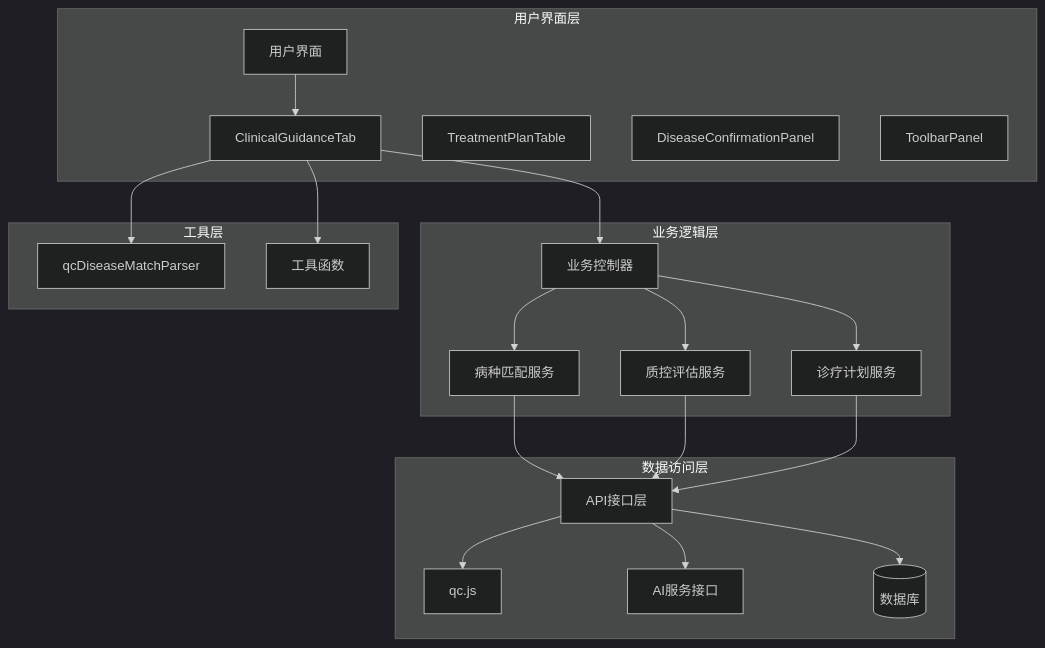
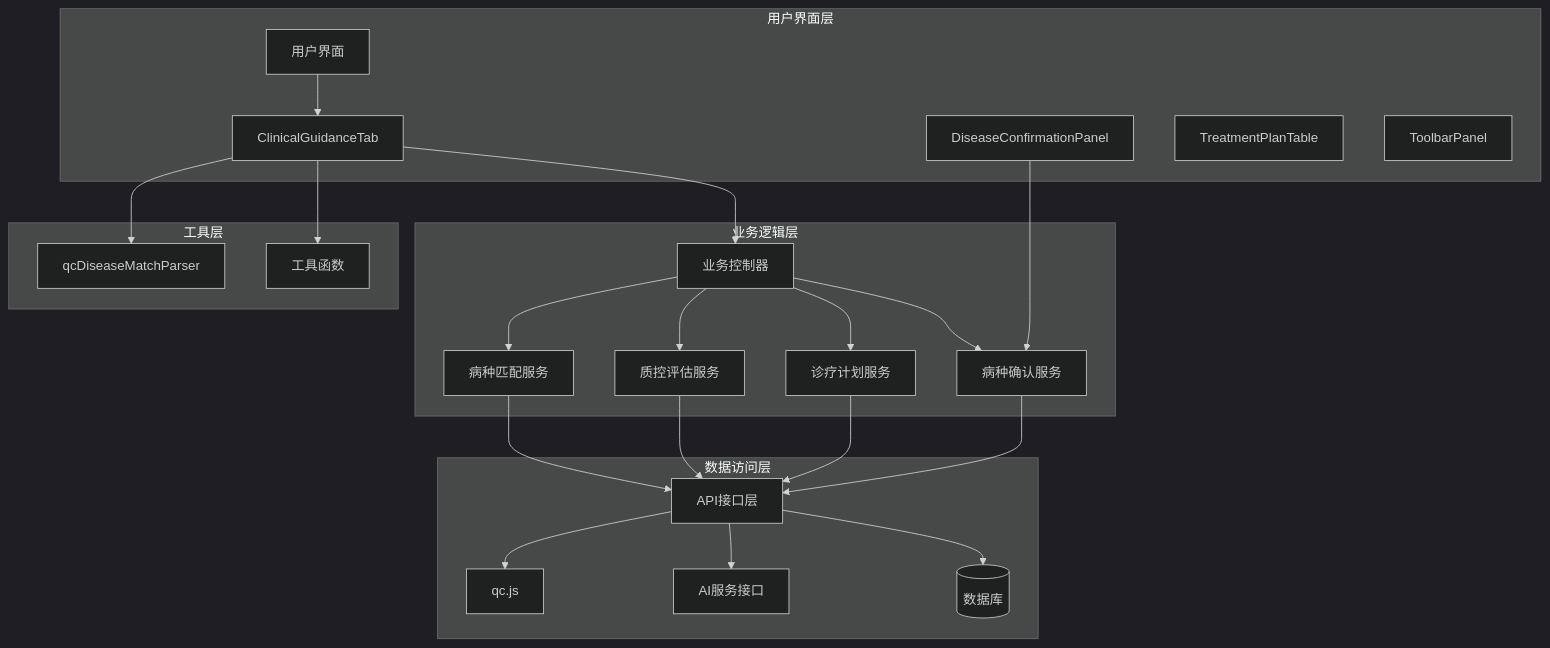
One commit to liuzh2008/med_ai_assistant_workspace changed the second of 10 diagrams in .qoder/repowiki/zh/content/临床指引Tab.md. Above: the diagram before and after it, drawn with Mermaid (dark theme). The commit also changed other lines of this file and 5 other files, not shown here.

````diff
--- a/.qoder/repowiki/zh/content/临床指引Tab.md
+++ b/.qoder/repowiki/zh/content/临床指引Tab.md
@@ -100,39 +138,43 @@
 ```mermaid
 graph TD
 subgraph "用户界面层"
 UI[用户界面]
 CT[ClinicalGuidanceTab]
+DCP[DiseaseConfirmationPanel]
 TP[TreatmentPlanTable]
-DC[DiseaseConfirmationPanel]
 TB[ToolbarPanel]
 end
 subgraph "业务逻辑层"
 BC[业务控制器]
 DM[病种匹配服务]
 QA[质控评估服务]
 TPB[诊疗计划服务]
+CONF[病种确认服务]
 end
 subgraph "数据访问层"
 API[API接口层]
 QC[qc.js]
 AI[AI服务接口]
 DB[(数据库)]
 end
 subgraph "工具层"
 PARSER[qcDiseaseMatchParser]
 UTIL[工具函数]
 end
 UI --> CT
 CT --> BC
 BC --> DM
 BC --> QA
 BC --> TPB
+BC --> CONF
 DM --> API
 QA --> API
 TPB --> API
+CONF --> API
 API --> QC
 API --> AI
 API --> DB
 CT --> PARSER
 CT --> UTIL
+DCP --> CONF
 ```
````
